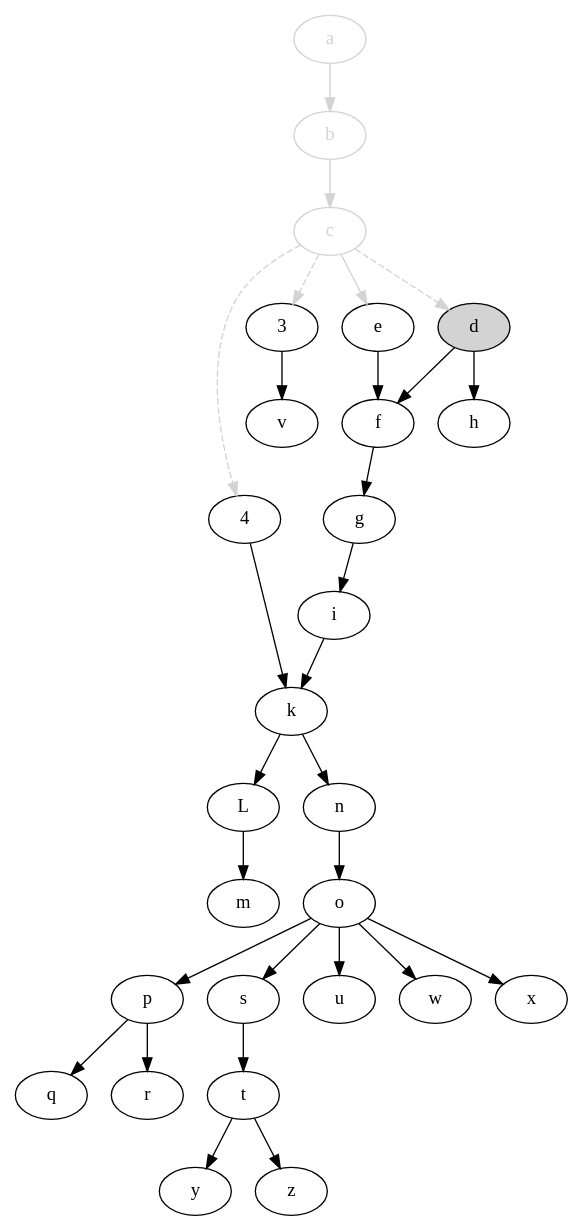
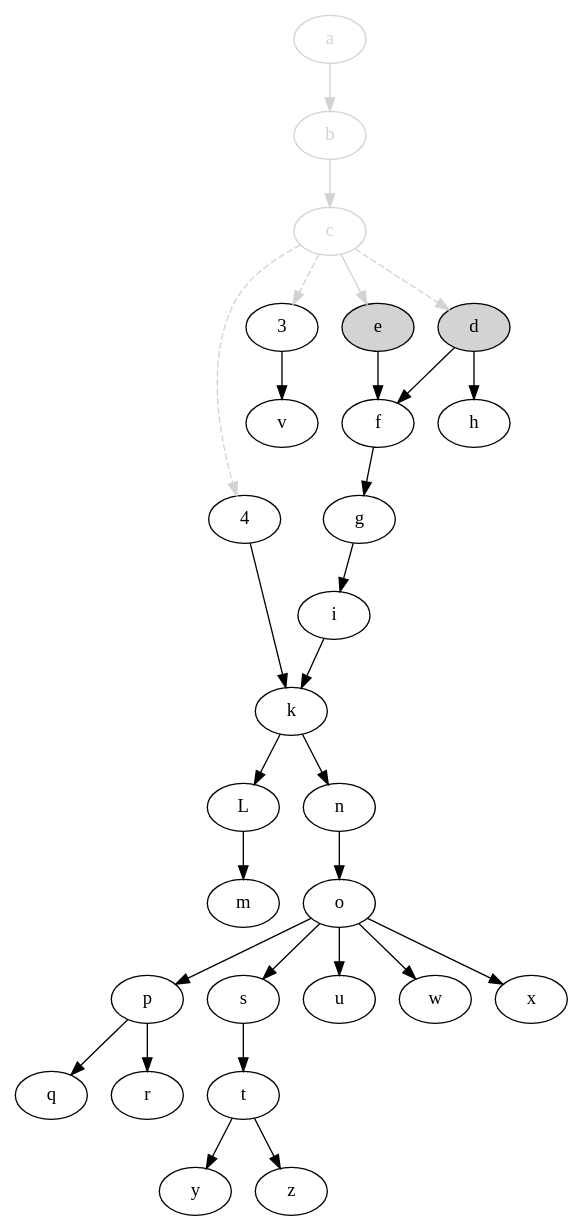
The diagram in svm-startup-deps.dot (jdmpapin/svm-startup-deps), drawn with Graphviz before and after one commit. The commit also changed 1 other file, not shown here.

```diff
--- a/svm-startup-deps.dot
+++ b/svm-startup-deps.dot
@@ -1,58 +1,58 @@
 digraph {
     4;
     3;
     a [color=lightgrey,fontcolor=lightgrey];
     b [color=lightgrey,fontcolor=lightgrey];
     c [color=lightgrey,fontcolor=lightgrey];
     d [style=filled,fillcolor=lightgrey];
-    e;
+    e [style=filled,fillcolor=lightgrey];
     f;
     g;
     h;
     i;
     k;
     L;
     m;
     n;
     o;
     p;
     q;
     r;
     s;
     t;
     u;
     v;
     w;
     x;
     y;
     z;
 
     4 -> k;
     c -> 4 [style=dashed,color=lightgrey];
     c -> 3 [style=dashed,color=lightgrey];
     c -> d [style=dashed,color=lightgrey];
     3 -> v;
     a -> b [color=lightgrey];
     b -> c [color=lightgrey];
     c -> e [color=lightgrey];
     d -> f;
     e -> f;
     f -> g;
     d -> h;
     g -> i;
     i -> k;
     k -> L;
     L -> m;
     k -> n;
     n -> o;
     o -> p;
     p -> q;
     p -> r;
     o -> s;
     s -> t;
     o -> u;
     o -> w;
     o -> x;
     t -> y;
     t -> z;
 }
```
